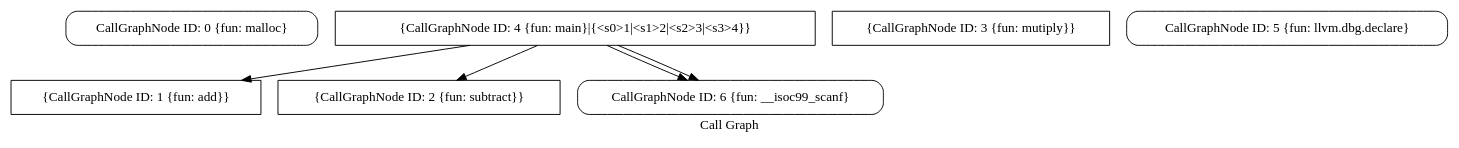
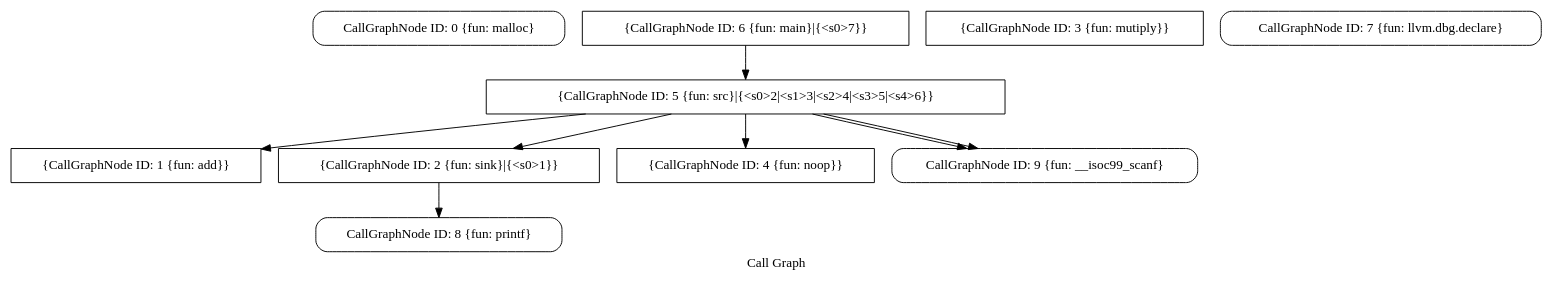
One commit to kshpdr/SVF-Project changed the diagram in graphs/call_graph_example2.bc.dot. Above: the diagram before and after it, drawn with Graphviz. The commit also changed 4 other files, not shown here.

Commit message:
we will now ignore graphs

```diff
--- a/graphs/call_graph_example2.bc.dot
+++ b/graphs/call_graph_example2.bc.dot
@@ -1,15 +1,21 @@
 digraph "Call Graph" {
 	label="Call Graph";
 
-	Node0x556747a24620 [shape=record,shape=Mrecord,label="{CallGraphNode ID: 0 \{fun: malloc\}}"];
-	Node0x556747a16eb0 [shape=record,shape=box,label="{CallGraphNode ID: 1 \{fun: add\}}"];
-	Node0x556747a5e740 [shape=record,shape=box,label="{CallGraphNode ID: 2 \{fun: subtract\}}"];
-	Node0x556747a75270 [shape=record,shape=box,label="{CallGraphNode ID: 3 \{fun: mutiply\}}"];
-	Node0x556747a75370 [shape=record,shape=box,label="{CallGraphNode ID: 4 \{fun: main\}|{<s0>1|<s1>2|<s2>3|<s3>4}}"];
-	Node0x556747a75370:s0 -> Node0x556747a75570[color=black];
-	Node0x556747a75370:s1 -> Node0x556747a75570[color=black];
-	Node0x556747a75370:s2 -> Node0x556747a16eb0[color=black];
-	Node0x556747a75370:s3 -> Node0x556747a5e740[color=black];
-	Node0x556747a75470 [shape=record,shape=Mrecord,label="{CallGraphNode ID: 5 \{fun: llvm.dbg.declare\}}"];
-	Node0x556747a75570 [shape=record,shape=Mrecord,label="{CallGraphNode ID: 6 \{fun: __isoc99_scanf\}}"];
+	Node0x5555561c00f0 [shape=record,shape=Mrecord,label="{CallGraphNode ID: 0 \{fun: malloc\}}"];
+	Node0x5555561aa930 [shape=record,shape=box,label="{CallGraphNode ID: 1 \{fun: add\}}"];
+	Node0x555556202b70 [shape=record,shape=box,label="{CallGraphNode ID: 2 \{fun: sink\}|{<s0>1}}"];
+	Node0x555556202b70:s0 -> Node0x555556203170[color=black];
+	Node0x555556202c70 [shape=record,shape=box,label="{CallGraphNode ID: 3 \{fun: mutiply\}}"];
+	Node0x555556202d70 [shape=record,shape=box,label="{CallGraphNode ID: 4 \{fun: noop\}}"];
+	Node0x555556202e70 [shape=record,shape=box,label="{CallGraphNode ID: 5 \{fun: src\}|{<s0>2|<s1>3|<s2>4|<s3>5|<s4>6}}"];
+	Node0x555556202e70:s0 -> Node0x555556203270[color=black];
+	Node0x555556202e70:s1 -> Node0x555556203270[color=black];
+	Node0x555556202e70:s2 -> Node0x555556202d70[color=black];
+	Node0x555556202e70:s3 -> Node0x5555561aa930[color=black];
+	Node0x555556202e70:s4 -> Node0x555556202b70[color=black];
+	Node0x555556202f70 [shape=record,shape=box,label="{CallGraphNode ID: 6 \{fun: main\}|{<s0>7}}"];
+	Node0x555556202f70:s0 -> Node0x555556202e70[color=black];
+	Node0x555556203070 [shape=record,shape=Mrecord,label="{CallGraphNode ID: 7 \{fun: llvm.dbg.declare\}}"];
+	Node0x555556203170 [shape=record,shape=Mrecord,label="{CallGraphNode ID: 8 \{fun: printf\}}"];
+	Node0x555556203270 [shape=record,shape=Mrecord,label="{CallGraphNode ID: 9 \{fun: __isoc99_scanf\}}"];
 }
```
